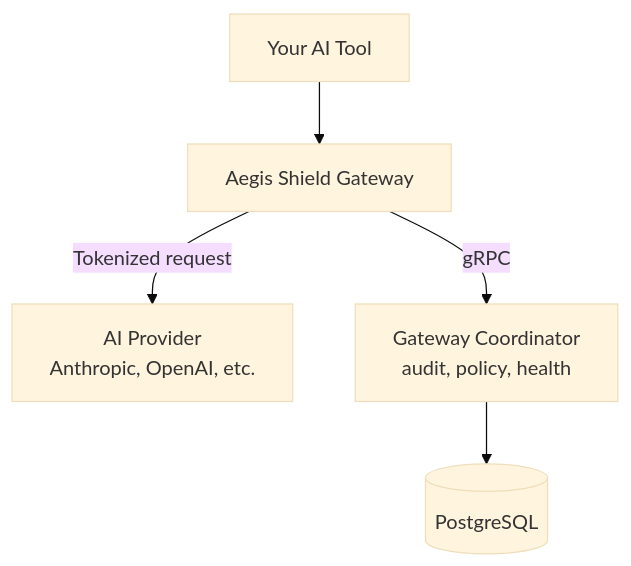
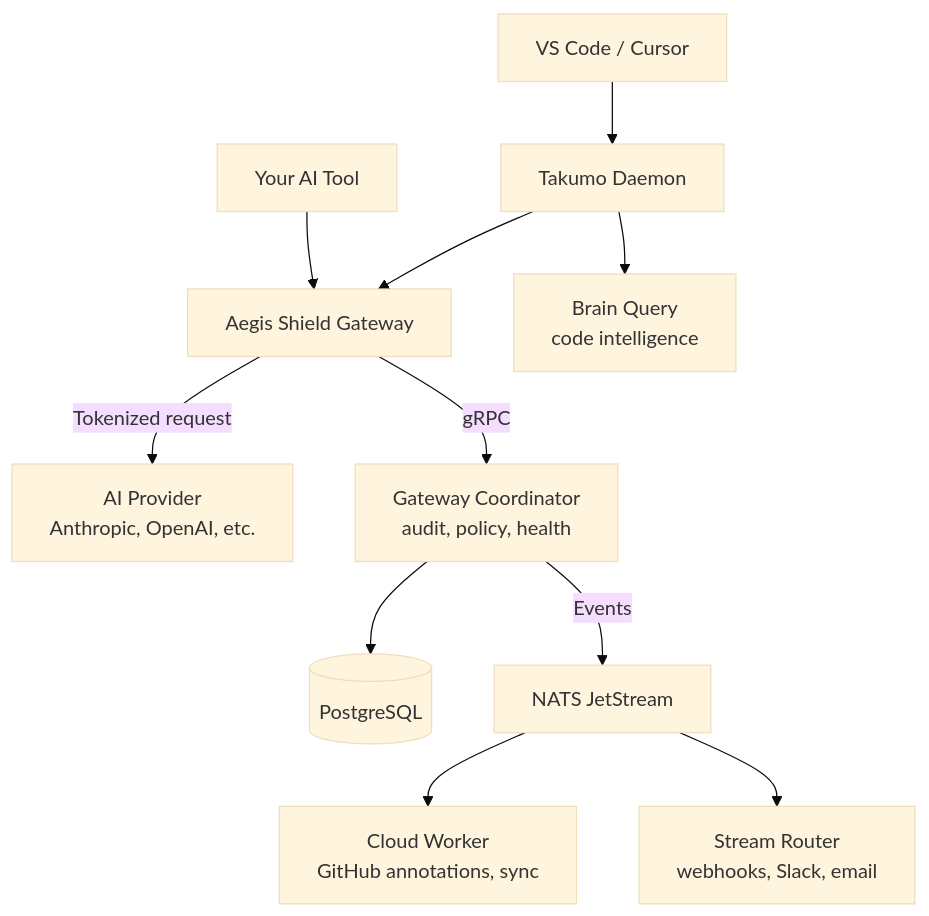
One commit to SirTingling/docs changed the diagram in deployment/overview.mdx. Above: the diagram before and after it, drawn with Mermaid (base theme). The commit also changed other lines of this file and 103 other files, not shown here.

````diff
--- a/deployment/overview.mdx
+++ b/deployment/overview.mdx
@@ -40,7 +73,13 @@
 ```mermaid
 flowchart TD
     A[Your AI Tool] --> B[Aegis Shield Gateway]
     B -->|Tokenized request| C[AI Provider\nAnthropic, OpenAI, etc.]
     B -->|gRPC| D[Gateway Coordinator\naudit, policy, health]
     D --> E[(PostgreSQL)]
+    D -->|Events| F[NATS JetStream]
+    F --> G[Cloud Worker\nGitHub annotations, sync]
+    F --> H[Stream Router\nwebhooks, Slack, email]
+    I[VS Code / Cursor] --> J[Takumo Daemon]
+    J --> B
+    J --> K[Brain Query\ncode intelligence]
 ```
````
